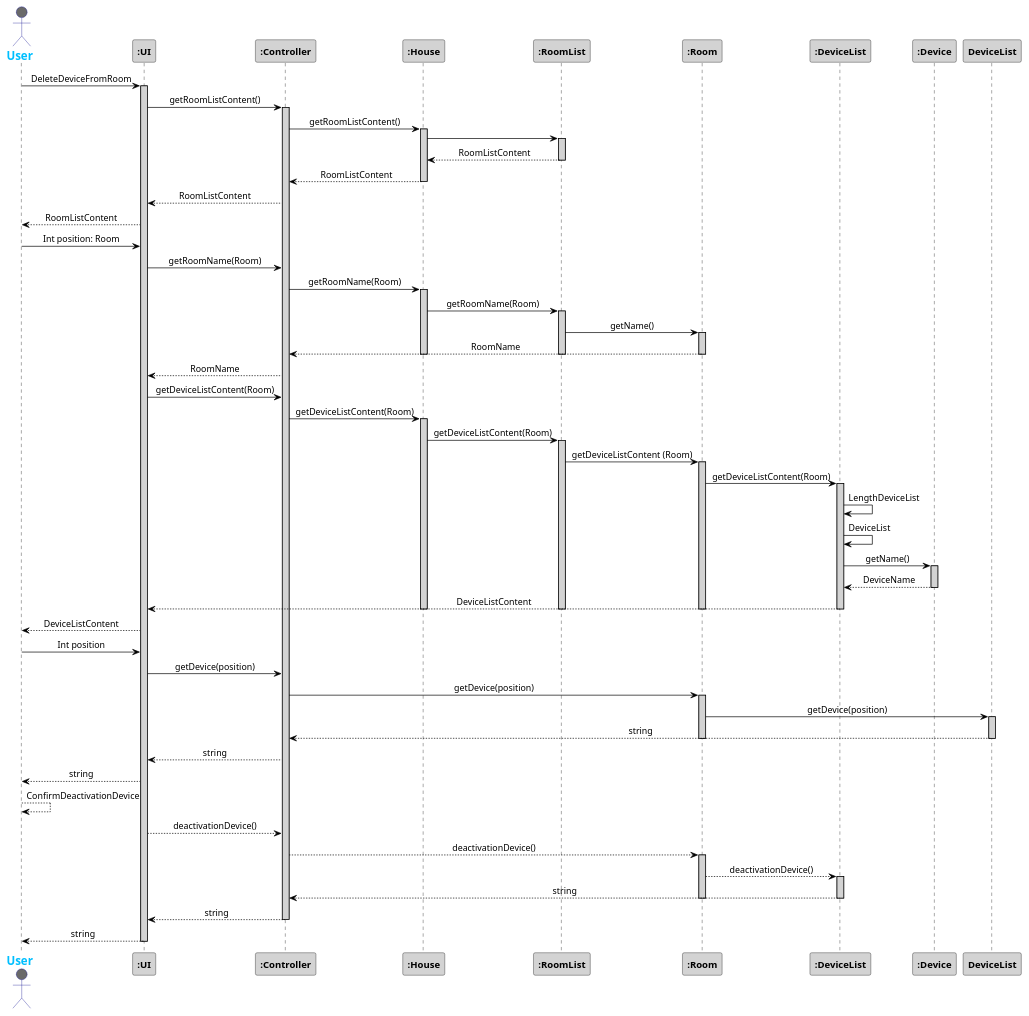
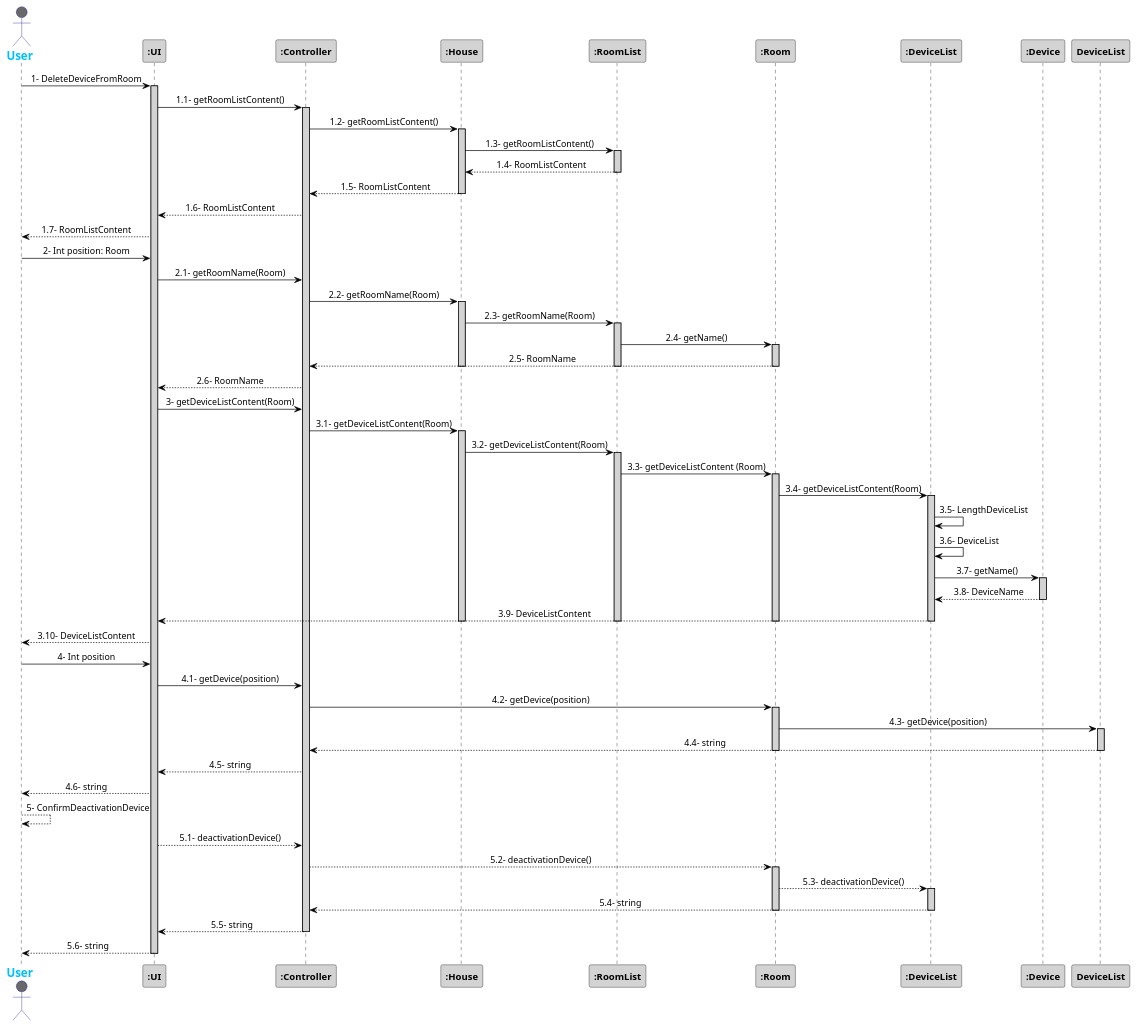
One commit to 1181687/hateoasToy changed the diagram in src/Docs/Sprint3/DeactivateDeviceFromRoom.puml. Above: the diagram before and after it, drawn with PlantUML. The commit also changed 1 other file, not shown here.

Commit message:
Changes to Sequence Diagrams (Deactivate Device and Delete Device)

```diff
--- a/src/Docs/Sprint3/DeactivateDeviceFromRoom.puml
+++ b/src/Docs/Sprint3/DeactivateDeviceFromRoom.puml
@@ -1,100 +1,101 @@
 @startuml
 skinparam sequenceMessageAlign center
 skinparam sequence {
 	ArrowColor Black
 	ActorBorderColor DarkBlue
 	LifeLineBorderColor black
 	LifeLineBackgroundColor LightGrey
 
 	ParticipantBorderColor Black
 	ParticipantBackgroundColor LightGrey
 	ParticipantFontStyle Bold
 
 	ActorBackgroundColor DimGrey
 	ActorFontColor DeepSkyBlue
 	ActorFontStyle Bold
 	ActorFontSize 17
 	ActorFontName Aapex
 }
 
 actor User
-User -> ":UI": DeleteDeviceFromRoom
+User -> ":UI": 1- DeleteDeviceFromRoom
 activate ":UI"
-":UI" -> ":Controller": getRoomListContent()
+":UI" -> ":Controller": 1.1- getRoomListContent()
 activate ":Controller"
-":Controller" -> ":House": getRoomListContent()
+":Controller" -> ":House": 1.2- getRoomListContent()
 activate ":House"
-":House" -> ":RoomList"
+":House" -> ":RoomList": 1.3- getRoomListContent()
 activate ":RoomList"
-":House" <-- ":RoomList": RoomListContent
+":House" <-- ":RoomList": 1.4- RoomListContent
 deactivate ":RoomList"
-":Controller" <-- ":House": RoomListContent
+":Controller" <-- ":House": 1.5- RoomListContent
 deactivate ":House"
-":UI" <-- ":Controller": RoomListContent
-User <-- ":UI": RoomListContent
+":UI" <-- ":Controller": 1.6- RoomListContent
+User <-- ":UI": 1.7- RoomListContent
 
-User -> ":UI": Int position: Room
-":UI" -> ":Controller": getRoomName(Room)
-":Controller" -> ":House": getRoomName(Room)
+User -> ":UI": 2- Int position: Room
+":UI" -> ":Controller": 2.1- getRoomName(Room)
+":Controller" -> ":House": 2.2- getRoomName(Room)
 activate ":House"
-":House" -> ":RoomList": getRoomName(Room)
+":House" -> ":RoomList": 2.3- getRoomName(Room)
 activate ":RoomList"
-":RoomList" -> ":Room": getName()
+":RoomList" -> ":Room": 2.4- getName()
 activate ":Room"
-":Controller" <-- ":Room": RoomName
+":Controller" <-- ":Room": 2.5- RoomName
 deactivate ":Room"
 deactivate ":RoomList"
 deactivate ":House"
-":UI" <-- ":Controller": RoomName
+":UI" <-- ":Controller": 2.6- RoomName
 
 
 
-":UI" -> ":Controller": getDeviceListContent(Room)
-":Controller" -> ":House": getDeviceListContent(Room)
+":UI" -> ":Controller": 3- getDeviceListContent(Room)
+":Controller" -> ":House": 3.1- getDeviceListContent(Room)
 activate ":House"
-":House" -> ":RoomList": getDeviceListContent(Room)
+":House" -> ":RoomList": 3.2- getDeviceListContent(Room)
 activate ":RoomList"
-":RoomList" -> ":Room": getDeviceListContent (Room)
+":RoomList" -> ":Room": 3.3- getDeviceListContent (Room)
 activate ":Room"
-":Room" -> ":DeviceList": getDeviceListContent(Room)
+":Room" -> ":DeviceList": 3.4- getDeviceListContent(Room)
 activate ":DeviceList"
-":DeviceList" -> ":DeviceList": LengthDeviceList
-":DeviceList" -> ":DeviceList": DeviceList
-":DeviceList" -> ":Device": getName()
+":DeviceList" -> ":DeviceList": 3.5- LengthDeviceList
+":DeviceList" -> ":DeviceList": 3.6- DeviceList
+":DeviceList" -> ":Device": 3.7- getName()
 activate ":Device"
-":DeviceList" <-- ":Device": DeviceName
+":DeviceList" <-- ":Device": 3.8- DeviceName
 deactivate ":Device"
-":UI" <-- ":DeviceList": DeviceListContent
+":UI" <-- ":DeviceList": 3.9- DeviceListContent
 deactivate ":DeviceList"
 deactivate ":Room"
 deactivate ":RoomList"
 deactivate ":House"
-User <-- ":UI": DeviceListContent
+User <-- ":UI": 3.10- DeviceListContent
 
-User -> ":UI": Int position
-":UI" -> ":Controller": getDevice(position)
-":Controller" -> ":Room": getDevice(position)
+User -> ":UI": 4- Int position
+":UI" -> ":Controller": 4.1- getDevice(position)
+":Controller" -> ":Room": 4.2- getDevice(position)
 activate ":Room"
-":Room" -> DeviceList: getDevice(position)
+":Room" -> DeviceList: 4.3- getDevice(position)
 activate DeviceList
-":Controller" <-- DeviceList : string
+":Controller" <-- DeviceList: 4.4- string
 deactivate DeviceList
 deactivate ":Room"
 
-":UI" <-- ":Controller": string
-User <-- ":UI": string
-User --> User: ConfirmDeactivationDevice
-":UI" --> ":Controller": deactivationDevice()
-":Controller" --> ":Room": deactivationDevice()
+":UI" <-- ":Controller": 4.5- string
+User <-- ":UI": 4.6- string
+
+User --> User: 5- ConfirmDeactivationDevice
+":UI" --> ":Controller": 5.1- deactivationDevice()
+":Controller" --> ":Room": 5.2- deactivationDevice()
 activate ":Room"
-":Room" --> ":DeviceList": deactivationDevice()
+":Room" --> ":DeviceList": 5.3- deactivationDevice()
 activate ":DeviceList"
-":Controller" <-- ":DeviceList": string
+":Controller" <-- ":DeviceList": 5.4- string
 deactivate ":DeviceList"
 deactivate ":Room"
-":UI" <-- ":Controller": string
+":UI" <-- ":Controller": 5.5- string
 deactivate ":Controller"
-User <-- ":UI": string
+User <-- ":UI": 5.6- string
 deactivate ":UI"
 
 @enduml
```
